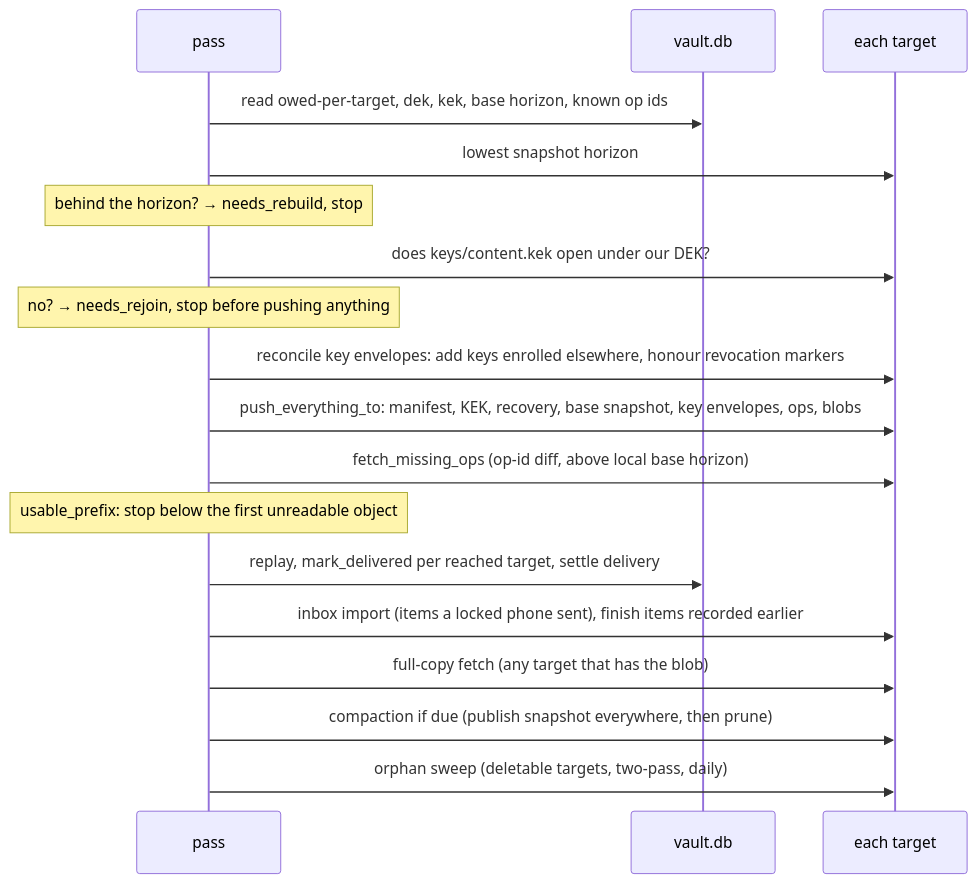
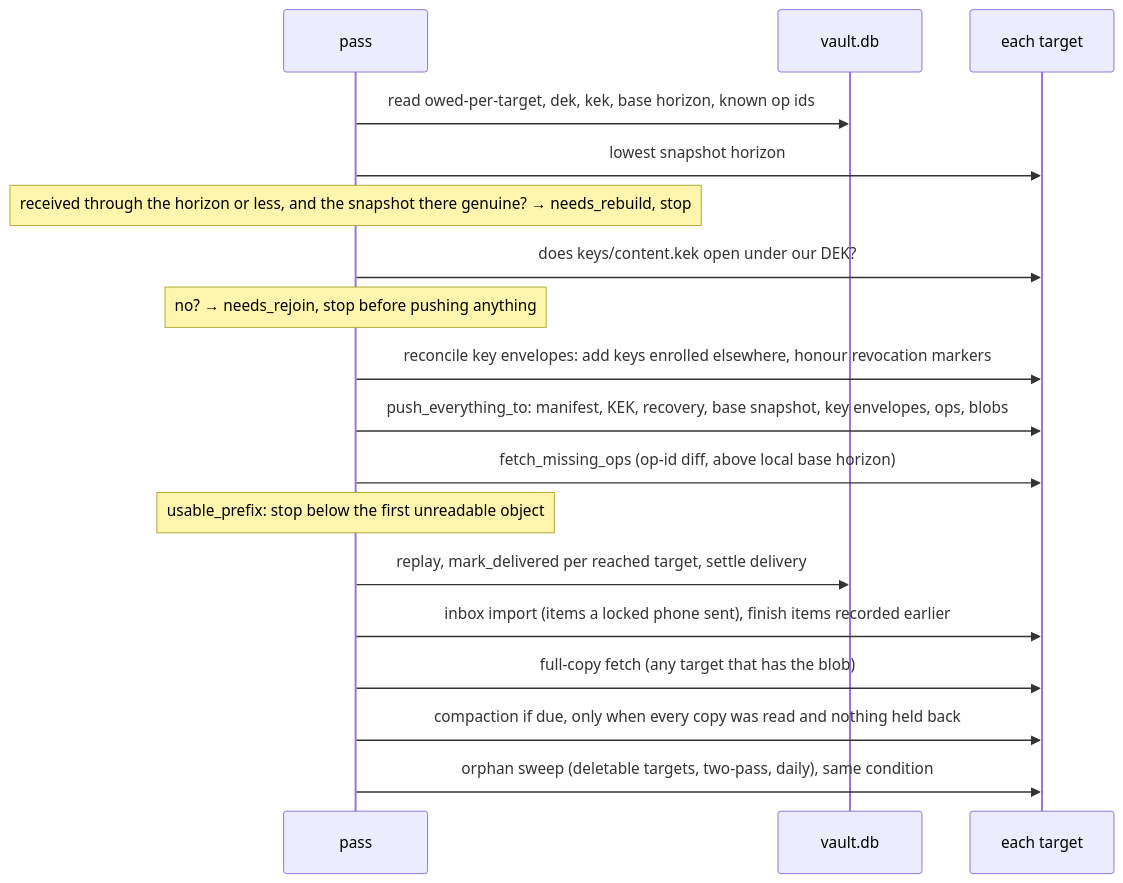
Before and after one commit to silentsilo/desktop: the second of 3 diagrams in docs/ARCHITECTURE.md, drawn with Mermaid. The commit also changed other lines of this file, not shown here.

Commit message:
ARCHITECTURE: pass gating and received watermark

````diff
--- a/docs/ARCHITECTURE.md
+++ b/docs/ARCHITECTURE.md
@@ -56,20 +56,20 @@
 ```mermaid
 sequenceDiagram
     participant P as pass
     participant DB as vault.db
     participant T as each target
     P->>DB: read owed-per-target, dek, kek, base horizon, known op ids
     P->>T: lowest snapshot horizon
-    Note over P: behind the horizon? → needs_rebuild, stop
+    Note over P: received through the horizon or less, and the snapshot there genuine? → needs_rebuild, stop
     P->>T: does keys/content.kek open under our DEK?
     Note over P: no? → needs_rejoin, stop before pushing anything
     P->>T: reconcile key envelopes: add keys enrolled elsewhere, honour revocation markers
     P->>T: push_everything_to: manifest, KEK, recovery, base snapshot, key envelopes, ops, blobs
     P->>T: fetch_missing_ops (op-id diff, above local base horizon)
     Note over P: usable_prefix: stop below the first unreadable object
     P->>DB: replay, mark_delivered per reached target, settle delivery
     P->>T: inbox import (items a locked phone sent), finish items recorded earlier
     P->>T: full-copy fetch (any target that has the blob)
-    P->>T: compaction if due (publish snapshot everywhere, then prune)
-    P->>T: orphan sweep (deletable targets, two-pass, daily)
+    P->>T: compaction if due, only when every copy was read and nothing held back
+    P->>T: orphan sweep (deletable targets, two-pass, daily), same condition
 ```
````
